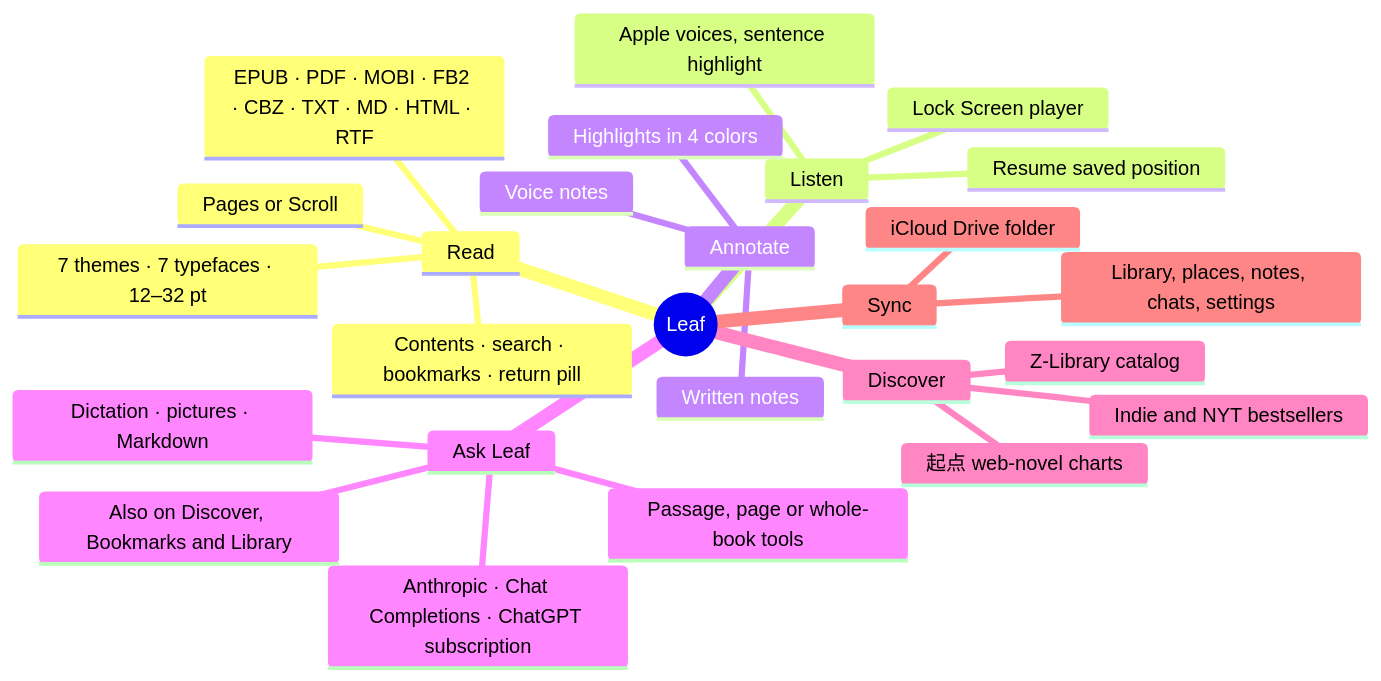
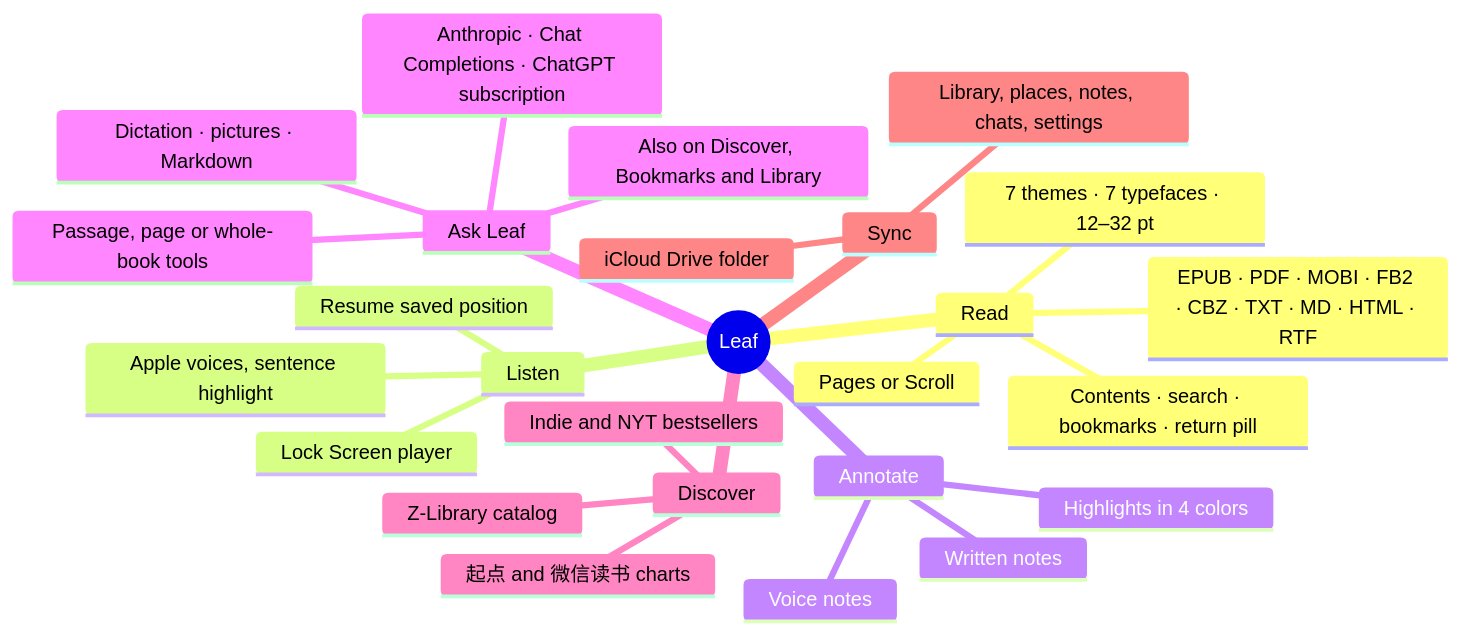
One commit to zhaoweigg/ai_reader changed the first of 13 diagrams in README.md. Above: the diagram before and after it, drawn with Mermaid. The commit also changed other lines of this file and 15 other files, not shown here.

First line of the commit message:
Add 微信读书 charts beside 起点 in a 中文 section (Leaf 1.42.0, build 158) (#145)

````diff
--- a/README.md
+++ b/README.md
@@ -5,29 +5,29 @@
 ```mermaid
 mindmap
   root((Leaf))
     Read
       EPUB · PDF · MOBI · FB2 · CBZ · TXT · MD · HTML · RTF
       Pages or Scroll
       7 themes · 7 typefaces · 12–32 pt
       Contents · search · bookmarks · return pill
     Listen
       Apple voices, sentence highlight
       Lock Screen player
       Resume saved position
     Annotate
       Highlights in 4 colors
       Written notes
       Voice notes
     Ask Leaf
       Anthropic · Chat Completions · ChatGPT subscription
       Passage, page or whole-book tools
       Also on Discover, Bookmarks and Library
       Dictation · pictures · Markdown
     Discover
       Z-Library catalog
       Indie and NYT bestsellers
-      起点 web-novel charts
+      起点 and 微信读书 charts
     Sync
       iCloud Drive folder
       Library, places, notes, chats, settings
 ```
````
